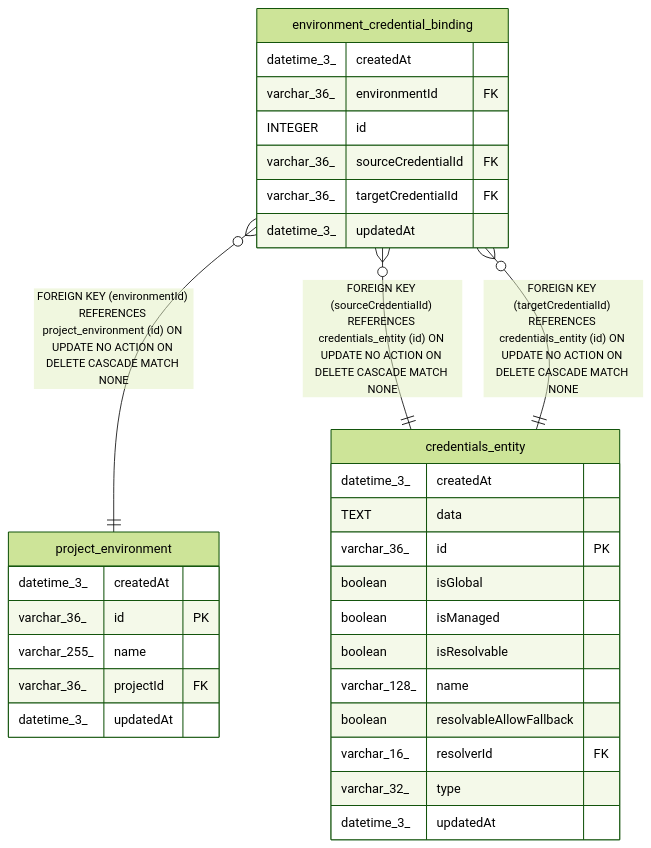
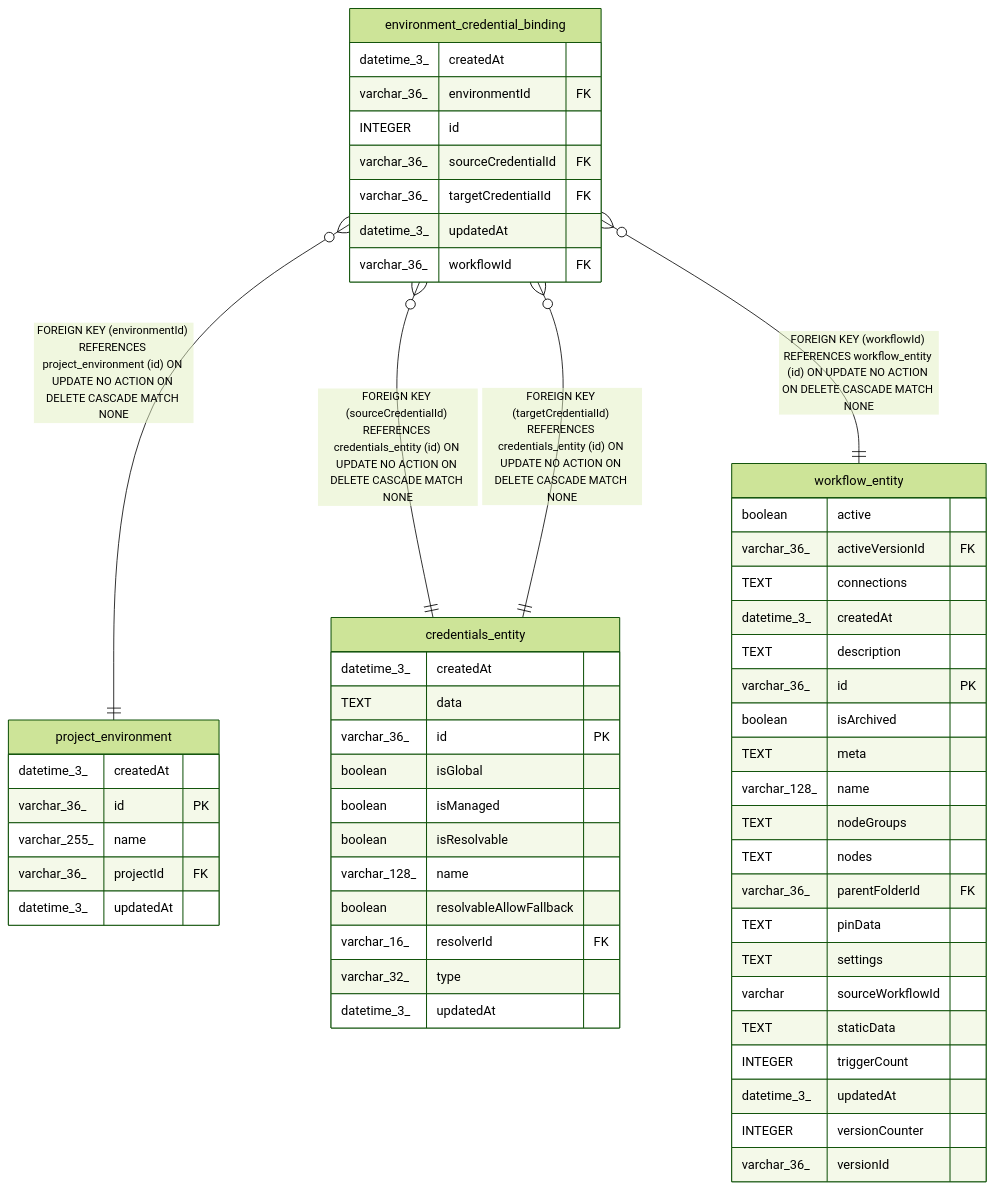
The diagram in docs/generated/sqlite-schema/environment_credential_binding.md (mayankjain1815-commits/n8n), drawn with Mermaid (forest theme) before and after one commit. The commit also changed other lines of this file and 23 other files, not shown here.

Commit message:
Scope credential bindings by environment and workflowId

````diff
--- a/docs/generated/sqlite-schema/environment_credential_binding.md
+++ b/docs/generated/sqlite-schema/environment_credential_binding.md
@@ -43,36 +45,60 @@
 ```mermaid
 erDiagram
 
 "environment_credential_binding" }o--|| "project_environment" : "FOREIGN KEY (environmentId) REFERENCES project_environment (id) ON UPDATE NO ACTION ON DELETE CASCADE MATCH NONE"
 "environment_credential_binding" }o--|| "credentials_entity" : "FOREIGN KEY (sourceCredentialId) REFERENCES credentials_entity (id) ON UPDATE NO ACTION ON DELETE CASCADE MATCH NONE"
 "environment_credential_binding" }o--|| "credentials_entity" : "FOREIGN KEY (targetCredentialId) REFERENCES credentials_entity (id) ON UPDATE NO ACTION ON DELETE CASCADE MATCH NONE"
+"environment_credential_binding" }o--|| "workflow_entity" : "FOREIGN KEY (workflowId) REFERENCES workflow_entity (id) ON UPDATE NO ACTION ON DELETE CASCADE MATCH NONE"
 
 "environment_credential_binding" {
   datetime_3_ createdAt
   varchar_36_ environmentId FK
   INTEGER id
   varchar_36_ sourceCredentialId FK
   varchar_36_ targetCredentialId FK
   datetime_3_ updatedAt
+  varchar_36_ workflowId FK
 }
 "project_environment" {
   datetime_3_ createdAt
   varchar_36_ id PK
   varchar_255_ name
   varchar_36_ projectId FK
   datetime_3_ updatedAt
 }
 "credentials_entity" {
   datetime_3_ createdAt
   TEXT data
   varchar_36_ id PK
   boolean isGlobal
   boolean isManaged
   boolean isResolvable
   varchar_128_ name
   boolean resolvableAllowFallback
   varchar_16_ resolverId FK
   varchar_32_ type
   datetime_3_ updatedAt
 }
+"workflow_entity" {
+  boolean active
+  varchar_36_ activeVersionId FK
+  TEXT connections
+  datetime_3_ createdAt
+  TEXT description
+  varchar_36_ id PK
+  boolean isArchived
+  TEXT meta
+  varchar_128_ name
+  TEXT nodeGroups
+  TEXT nodes
+  varchar_36_ parentFolderId FK
+  TEXT pinData
+  TEXT settings
+  varchar sourceWorkflowId
+  TEXT staticData
+  INTEGER triggerCount
+  datetime_3_ updatedAt
+  INTEGER versionCounter
+  varchar_36_ versionId
+}
 ```
````
